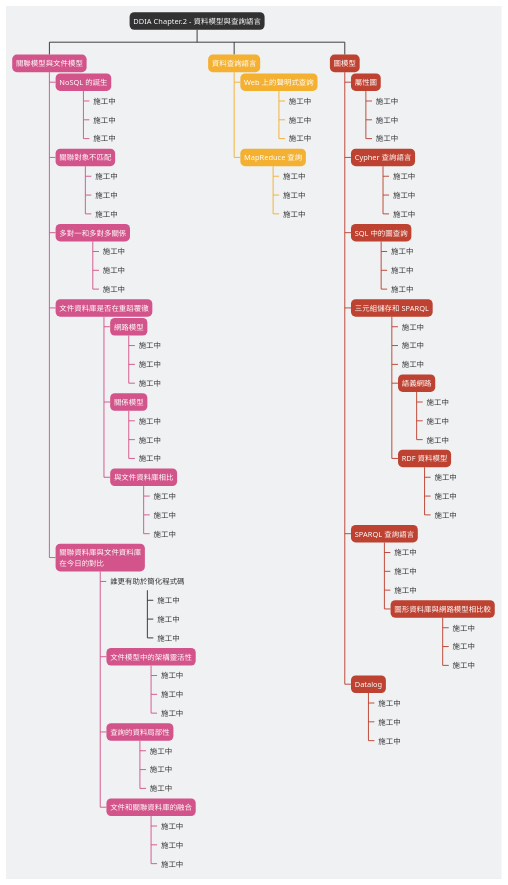
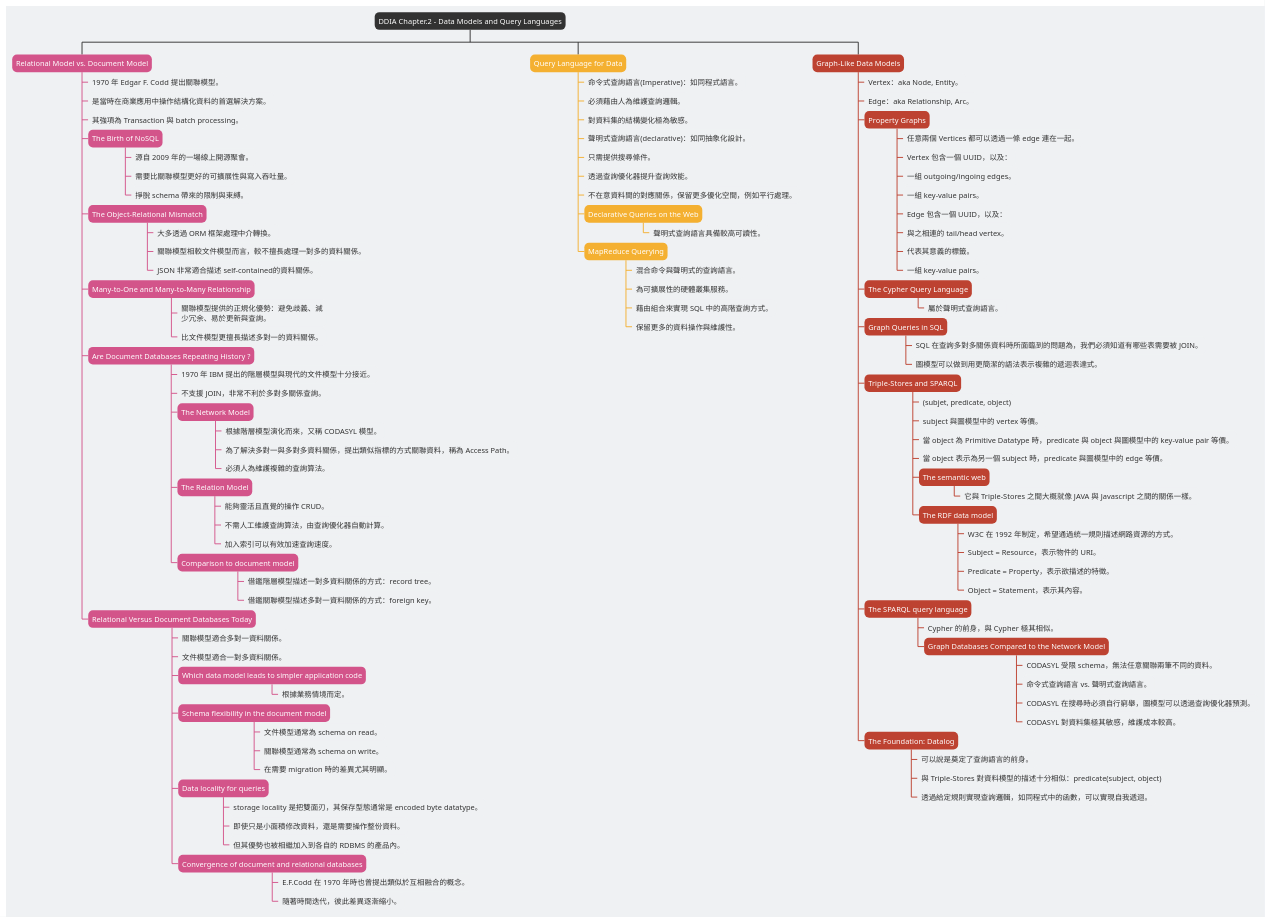
Before and after one commit to JianLiu666/plantuml: the diagram in puml/ddia/ch2_wbs.puml, drawn with PlantUML. The commit also changed 1 other file, not shown here.

Commit message:
doc(ddia): update digram

```diff
--- a/puml/ddia/ch2_wbs.puml
+++ b/puml/ddia/ch2_wbs.puml
@@ -73,121 +73,133 @@
 }
 </style>
 
-* DDIA Chapter.2 - 資料模型與查詢語言<<Type_Root>>
+* DDIA Chapter.2 - Data Models and Query Languages<<Type_Root>>
 
-** 關聯模型與文件模型<<Type1_Node>>
+** Relational Model vs. Document Model<<Type1_Node>>
 
-*** NoSQL 的誕生<<Type1_Node>>
-**** 施工中
-**** 施工中
-**** 施工中
+*** 1970 年 Edgar F. Codd 提出關聯模型。
+*** 是當時在商業應用中操作結構化資料的首選解決方案。
+*** 其強項為 Transaction 與 batch processing。
 
-*** 關聯對象不匹配<<Type1_Node>>
-**** 施工中
-**** 施工中
-**** 施工中
+*** The Birth of NoSQL<<Type1_Node>>
+**** 源自 2009 年的一場線上開源聚會。
+**** 需要比關聯模型更好的可擴展性與寫入吞吐量。
+**** 掙脫 schema 帶來的限制與束縛。
 
-*** 多對一和多對多關係<<Type1_Node>>
-**** 施工中
-**** 施工中
-**** 施工中
+*** The Object-Relational Mismatch<<Type1_Node>>
+**** 大多透過 ORM 框架處理中介轉換。
+**** 關聯模型相較文件模型而言，較不擅長處理一對多的資料關係。
+**** JSON 非常適合描述 self-contained的資料關係。
 
-*** 文件資料庫是否在重蹈覆徹<<Type1_Node>>
+*** Many-to-One and Many-to-Many Relationship<<Type1_Node>>
+**** 關聯模型提供的正規化優勢：避免歧義、減\n少冗余、易於更新與查詢。
+**** 比文件模型更擅長描述多對一的資料關係。
 
-**** 網路模型<<Type1_Node>>
-***** 施工中
-***** 施工中
-***** 施工中
+*** Are Document Databases Repeating History ?<<Type1_Node>>
+**** 1970 年 IBM 提出的階層模型與現代的文件模型十分接近。
+**** 不支援 JOIN，非常不利於多對多關係查詢。
 
-**** 關係模型<<Type1_Node>>
-***** 施工中
-***** 施工中
-***** 施工中
+**** The Network Model<<Type1_Node>>
+***** 根據階層模型演化而來，又稱 CODASYL 模型。
+***** 為了解決多對一與多對多資料關係，提出類似指標的方式關聯資料，稱為 Access Path。
+***** 必須人為維護複雜的查詢算法。
 
-**** 與文件資料庫相比<<Type1_Node>>
-***** 施工中
-***** 施工中
-***** 施工中
+**** The Relation Model<<Type1_Node>>
+***** 能夠靈活且直覺的操作 CRUD。
+***** 不需人工維護查詢算法，由查詢優化器自動計算。
+***** 加入索引可以有效加速查詢速度。
 
-*** 關聯資料庫與文件資料庫\n在今日的對比<<Type1_Node>>
+**** Comparison to document model<<Type1_Node>>
+***** 借鑑階層模型描述一對多資料關係的方式：record tree。
+***** 借鑑關聯模型描述多對一資料關係的方式：foreign key。
 
-**** 誰更有助於簡化程式碼
-***** 施工中
-***** 施工中
-***** 施工中
+*** Relational Versus Document Databases Today<<Type1_Node>>
+**** 關聯模型適合多對一資料關係。
+**** 文件模型適合一對多資料關係。
 
-**** 文件模型中的架構靈活性<<Type1_Node>>
-***** 施工中
-***** 施工中
-***** 施工中
+**** Which data model leads to simpler application code<<Type1_Node>>
+***** 根據業務情境而定。
 
-**** 查詢的資料局部性<<Type1_Node>>
-***** 施工中
-***** 施工中
-***** 施工中
+**** Schema flexibility in the document model<<Type1_Node>>
+***** 文件模型通常為 schema on read。
+***** 關聯模型通常為 schema on write。
+***** 在需要 migration 時的差異尤其明顯。
 
-**** 文件和關聯資料庫的融合<<Type1_Node>>
-***** 施工中
-***** 施工中
-***** 施工中
+**** Data locality for queries<<Type1_Node>>
+***** storage locality 是把雙面刃，其保存型態通常是 encoded byte datatype。
+***** 即使只是小面積修改資料，還是需要操作整份資料。
+***** 但其優勢也被相繼加入到各自的 RDBMS 的產品內。
 
-** 資料查詢語言<<Type2_Node>>
+**** Convergence of document and relational databases<<Type1_Node>>
+***** E.F.Codd 在 1970 年時也曾提出類似於互相融合的概念。
+***** 隨著時間迭代，彼此差異逐漸縮小。
 
-*** Web 上的聲明式查詢<<Type2_Node>>
-**** 施工中
-**** 施工中
-**** 施工中
+** Query Language for Data<<Type2_Node>>
+*** 命令式查詢語言(Imperative)：如同程式語言。
+*** 必須藉由人為維護查詢邏輯。
+*** 對資料集的結構變化極為敏感。
+*** 聲明式查詢語言(declarative)：如同抽象化設計。
+*** 只需提供搜尋條件。
+*** 透過查詢優化器提升查詢效能。
+*** 不在意資料間的對應關係，保留更多優化空間，例如平行處理。
 
-*** MapReduce 查詢<<Type2_Node>>
-**** 施工中
-**** 施工中
-**** 施工中
+*** Declarative Queries on the Web<<Type2_Node>>
+**** 聲明式查詢語言具備較高可讀性。
 
-** 圖模型<<Type3_Node>>
+*** MapReduce Querying<<Type2_Node>>
+**** 混合命令與聲明式的查詢語言。
+**** 為可擴展性的硬體叢集服務。
+**** 藉由組合來實現 SQL 中的高階查詢方式。
+**** 保留更多的資料操作與維護性。
 
-*** 屬性圖<<Type3_Node>>
-**** 施工中
-**** 施工中
-**** 施工中
+** Graph-Like Data Models<<Type3_Node>>
+*** Vertex：aka Node, Entity。
+*** Edge：aka Relationship, Arc。
 
-*** Cypher 查詢語言<<Type3_Node>>
-**** 施工中
-**** 施工中
-**** 施工中
+*** Property Graphs<<Type3_Node>>
+**** 任意兩個 Vertices 都可以透過一條 edge 連在一起。
+**** Vertex 包含一個 UUID，以及：
+**** 一組 outgoing/ingoing edges。
+**** 一組 key-value pairs。
+**** Edge 包含一個 UUID，以及：
+**** 與之相連的 tail/head vertex。
+**** 代表其意義的標籤。
+**** 一組 key-value pairs。
 
-*** SQL 中的圖查詢<<Type3_Node>>
-**** 施工中
-**** 施工中
-**** 施工中
+*** The Cypher Query Language<<Type3_Node>>
+**** 屬於聲明式查詢語言。
 
-*** 三元組儲存和 SPARQL<<Type3_Node>>
-**** 施工中
-**** 施工中
-**** 施工中
+*** Graph Queries in SQL<<Type3_Node>>
+**** SQL 在查詢多對多關係資料時所面臨到的問題為，我們必須知道有哪些表需要被 JOIN。
+**** 圖模型可以做到用更簡潔的語法表示複雜的遞迴表達式。
 
-**** 語義網路<<Type3_Node>>
-***** 施工中
-***** 施工中
-***** 施工中
+*** Triple-Stores and SPARQL<<Type3_Node>>
+**** (subjet, predicate, object)
+**** subject 與圖模型中的 vertex 等價。
+**** 當 object 為 Primitive Datatype 時，predicate 與 object 與圖模型中的 key-value pair 等價。
+**** 當 object 表示為另一個 subject 時，predicate 與圖模型中的 edge 等價。
 
-**** RDF 資料模型<<Type3_Node>>
-***** 施工中
-***** 施工中
-***** 施工中
+**** The semantic web<<Type3_Node>>
+***** 它與 Triple-Stores 之間大概就像 JAVA 與 Javascript 之間的關係一樣。
 
-*** SPARQL 查詢語言<<Type3_Node>>
-**** 施工中
-**** 施工中
-**** 施工中
+**** The RDF data model<<Type3_Node>>
+***** W3C 在 1992 年制定，希望通過統一規則描述網路資源的方式。
+***** Subject = Resource，表示物件的 URI。
+***** Predicate = Property，表示欲描述的特徵。
+***** Object = Statement，表示其內容。
 
-**** 圖形資料庫與網路模型相比較<<Type3_Node>>
-***** 施工中
-***** 施工中
-***** 施工中
+*** The SPARQL query language<<Type3_Node>>
+**** Cypher 的前身，與 Cypher 極其相似。
 
-*** Datalog<<Type3_Node>>
-**** 施工中
-**** 施工中
-**** 施工中
+**** Graph Databases Compared to the Network Model<<Type3_Node>>
+***** CODASYL 受限 schema，無法任意關聯兩筆不同的資料。
+***** 命令式查詢語言 vs. 聲明式查詢語言。
+***** CODASYL 在搜尋時必須自行窮舉，圖模型可以透過查詢優化器預測。
+***** CODASYL 對資料集極其敏感，維護成本較高。
+
+*** The Foundation: Datalog<<Type3_Node>>
+**** 可以說是奠定了查詢語言的前身。
+**** 與 Triple-Stores 對資料模型的描述十分相似：predicate(subject, object)
+**** 透過給定規則實現查詢邏輯，如同程式中的函數，可以實現自我遞迴。
 
 @endwbs
```
